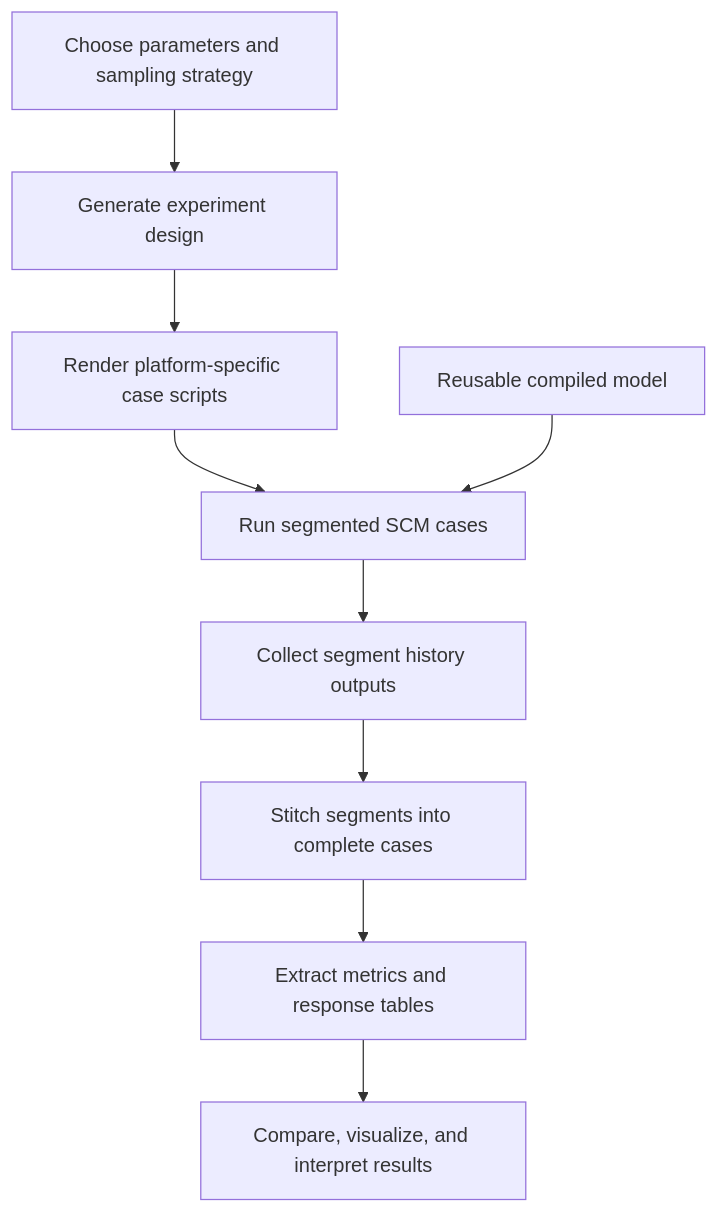
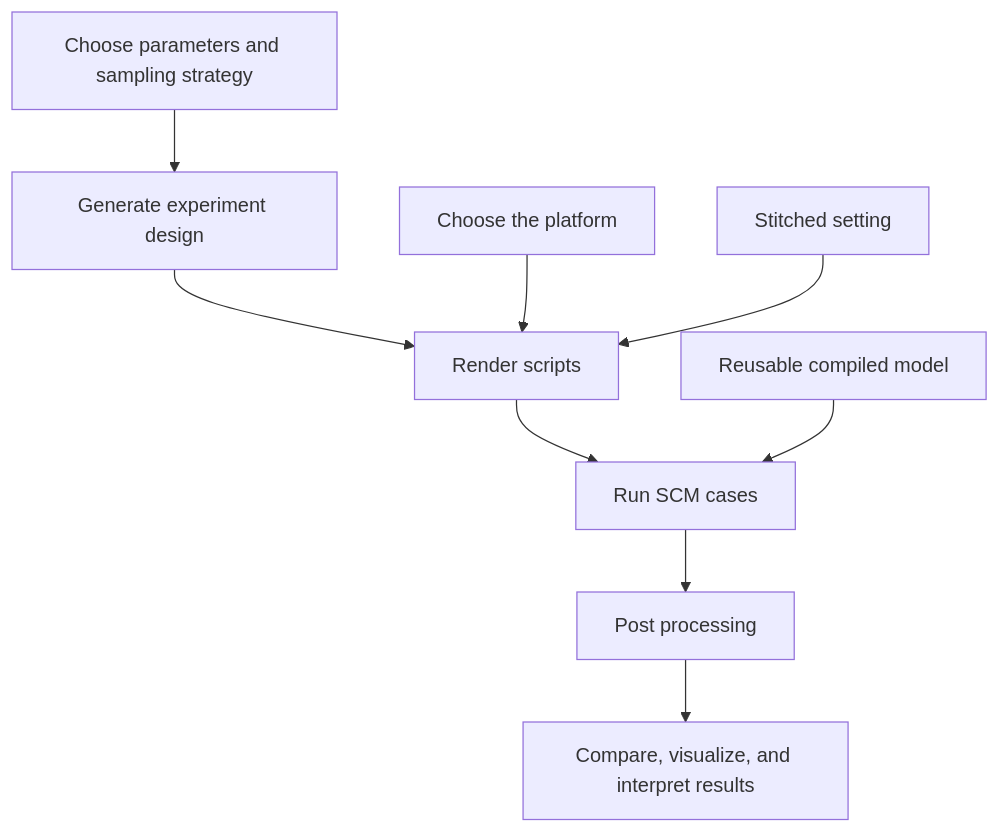
Before and after one commit to yl1127/SCM-UQ-Workflow: the diagram in README.md, drawn with Mermaid. The commit also changed other lines of this file and 72 other files, not shown here.

````diff
--- a/README.md
+++ b/README.md
@@ -82,12 +59,12 @@
 ```mermaid
 flowchart TD
   A["Choose parameters and sampling strategy"] --> B["Generate experiment design"]
-  B --> C["Render platform-specific case scripts"]
-  C --> D["Run segmented SCM cases"]
-  D --> E["Collect segment history outputs"]
-  E --> F["Stitch segments into complete cases"]
-  F --> G["Extract metrics and response tables"]
-  G --> H["Compare, visualize, and interpret results"]
+  B --> C["Render scripts"]
+  S["Choose the platform"] --> C
+  T["Stitched setting"] --> C
+  C --> D["Run SCM cases"]
+  D --> F["Post processing"]
+  F --> H["Compare, visualize, and interpret results"]
 
   R["Reusable compiled model"] --> D
 ```
````
